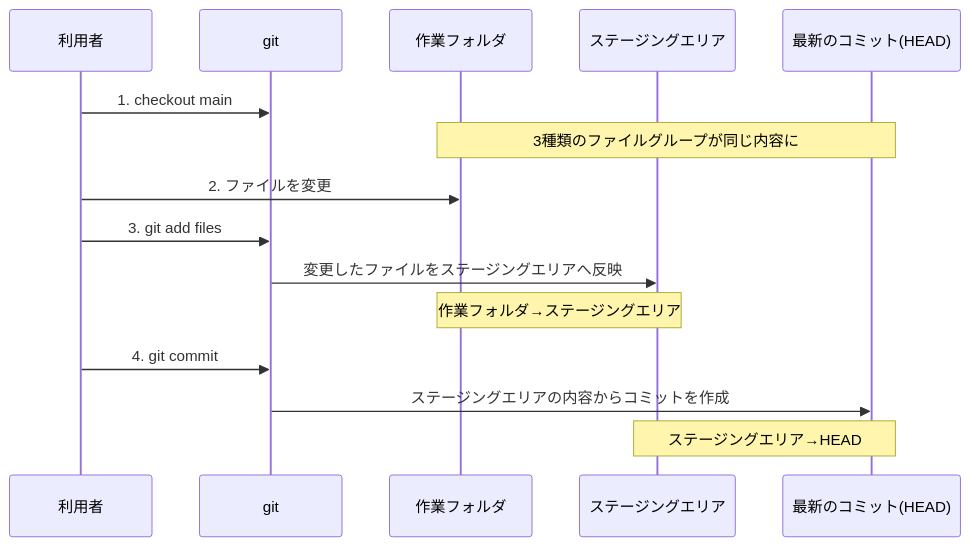
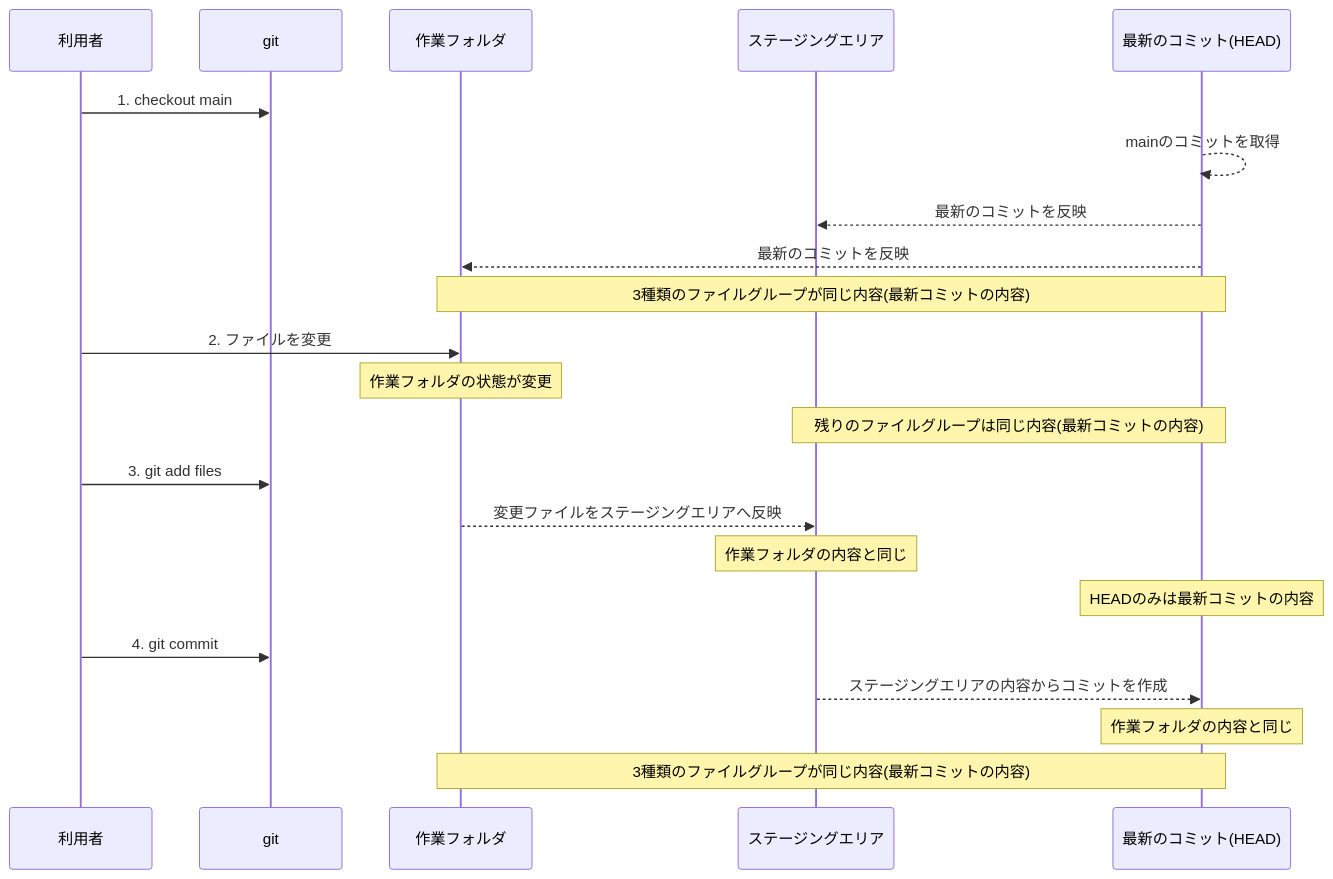
The third of 8 diagrams in content/blog/03-how-to-learn-git.md (kantas-spike/portfolio), drawn with Mermaid before and after one commit. The commit also changed other lines of this file and 1 other file, not shown here.

```diff
--- a/content/blog/03-how-to-learn-git.md
+++ b/content/blog/03-how-to-learn-git.md
@@ -196,17 +199,24 @@
 ~~~mermaid
 sequenceDiagram
     participant u as 利用者
     participant g as git
     participant w as 作業フォルダ
     participant s as ステージングエリア
     participant c as 最新のコミット(HEAD)
     u->>g : 1. checkout main
-    Note over w,c: 3種類のファイルグループが同じ内容に
+    c-->>c : mainのコミットを取得
+    c-->>s : 最新のコミットを反映
+    c-->>w : 最新のコミットを反映
+    Note over w,c: 3種類のファイルグループが同じ内容(最新コミットの内容)
     u->>w : 2. ファイルを変更
+    Note over w: 作業フォルダの状態が変更
+    Note over s,c: 残りのファイルグループは同じ内容(最新コミットの内容)
     u->>g : 3. git add files
-    g->>s : 変更したファイルをステージングエリアへ反映
-    Note over w,s: 作業フォルダ→ステージングエリア
+    w-->>s : 変更ファイルをステージングエリアへ反映
+    Note over s: 作業フォルダの内容と同じ
+    Note over c: HEADのみは最新コミットの内容
     u->>g : 4. git commit
-    g->>c : ステージングエリアの内容からコミットを作成
-    Note over s,c: ステージングエリア→HEAD
+    s-->>c : ステージングエリアの内容からコミットを作成
+    Note over c: 作業フォルダの内容と同じ
+    Note over w,c: 3種類のファイルグループが同じ内容(最新コミットの内容)
 ~~~
```
